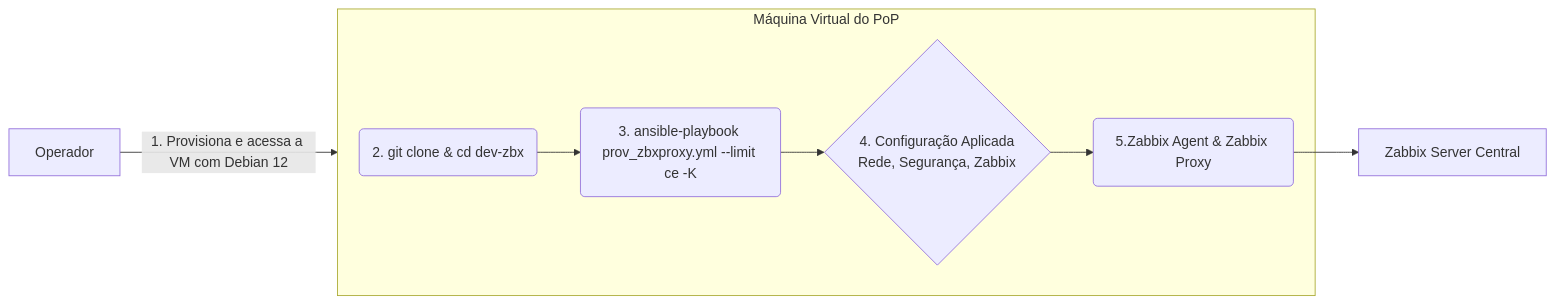
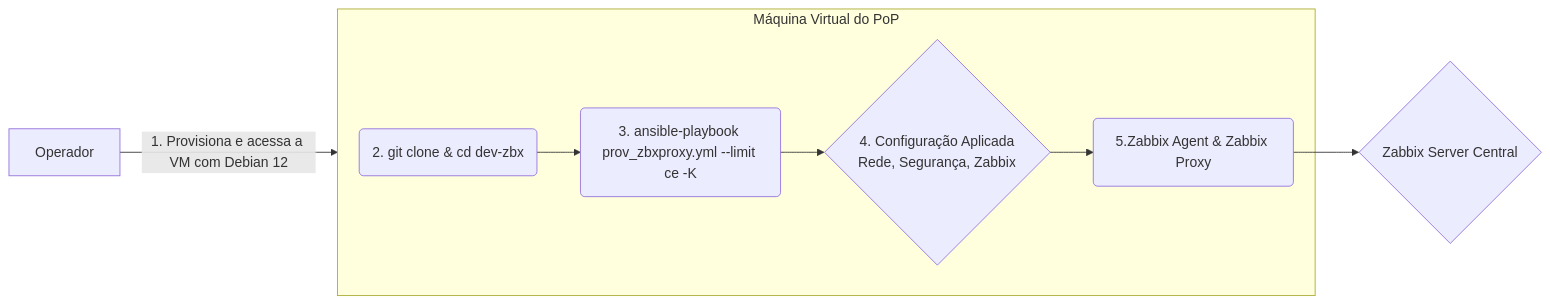
One commit to felipeanj0s/Delta changed the diagram in test.md. Above: the diagram before and after it, drawn with Mermaid.

````diff
--- a/test.md
+++ b/test.md
@@ -21,15 +21,15 @@
 ```mermaid
 graph LR;
     Operador -- "1. Provisiona e acessa a VM com Debian 12" --> HostDestino;
 
     subgraph HostDestino["Máquina Virtual do PoP"]
         A("2. git clone & cd dev-zbx");
         B("3. ansible-playbook prov_zbxproxy.yml --limit ce -K");
         C{"4. Configuração Aplicada<br>Rede, Segurança, Zabbix"};
         D("5.Zabbix Agent & Zabbix Proxy");
         A --> B --> C --> D;
     end
     
-    D --> ZabbixServer["Zabbix Server Central"] 
+    D --> ZabbixServer{"Zabbix Server Central"} 
     
 ```
````
